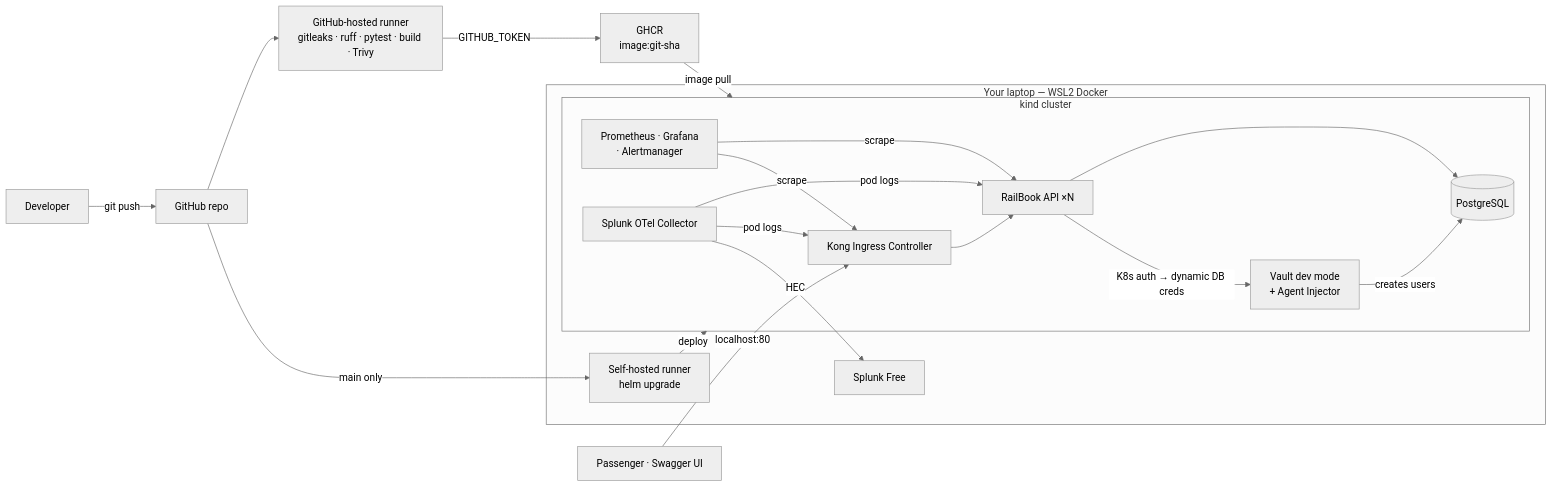
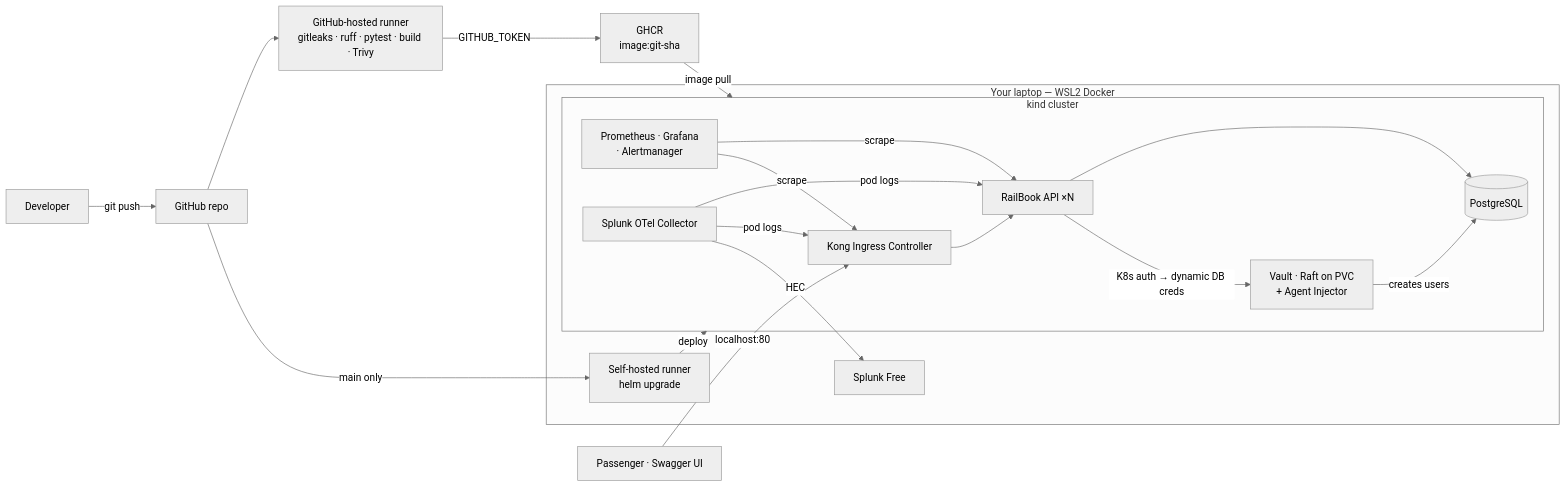
One commit to atharva-sardar02/railbook changed the diagram in docs/PRD.md. Above: the diagram before and after it, drawn with Mermaid (neutral theme). The commit also changed other lines of this file and 19 other files, not shown here.

````diff
--- a/docs/PRD.md
+++ b/docs/PRD.md
@@ -144,34 +154,34 @@
 ```mermaid
 flowchart LR
     dev[Developer] -->|git push| gh[GitHub repo]
     gh --> hosted[GitHub-hosted runner<br/>gitleaks · ruff · pytest · build · Trivy]
     hosted -->|GITHUB_TOKEN| ghcr[GHCR<br/>image:git-sha]
     gh -->|main only| runner
 
     subgraph laptop[Your laptop — WSL2 Docker]
         runner[Self-hosted runner<br/>helm upgrade]
         splunk[Splunk Free]
 
         subgraph kind[kind cluster]
             kong[Kong Ingress Controller]
             api[RailBook API ×N]
             pg[(PostgreSQL)]
-            vault[Vault dev mode<br/>+ Agent Injector]
+            vault[Vault · Raft on PVC<br/>+ Agent Injector]
             prom[Prometheus · Grafana<br/>· Alertmanager]
             otel[Splunk OTel Collector]
         end
     end
 
     user[Passenger · Swagger UI] -->|localhost:80| kong
     kong --> api
     api --> pg
     api -->|K8s auth → dynamic DB creds| vault
     vault -->|creates users| pg
     runner -->|deploy| kind
     ghcr -->|image pull| kind
     prom -->|scrape| api
     prom -->|scrape| kong
     otel -->|pod logs| api
     otel -->|pod logs| kong
     otel -->|HEC| splunk
 ```
````
